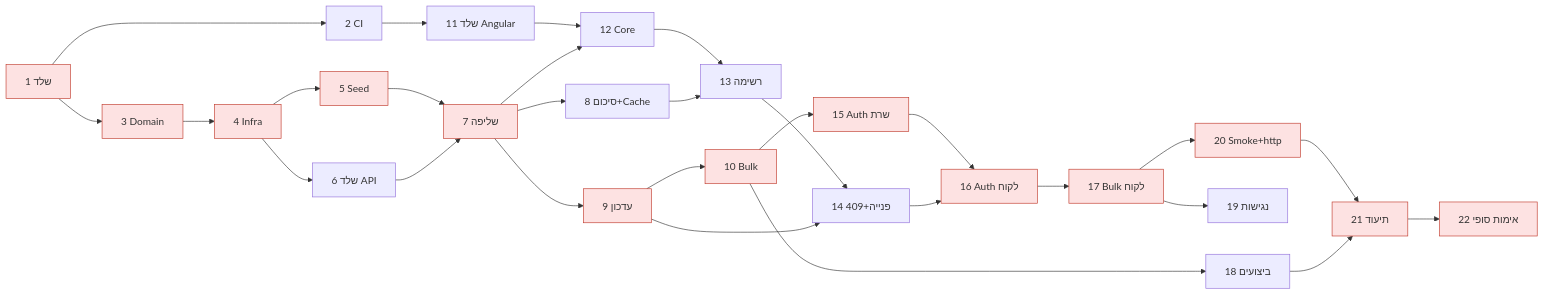
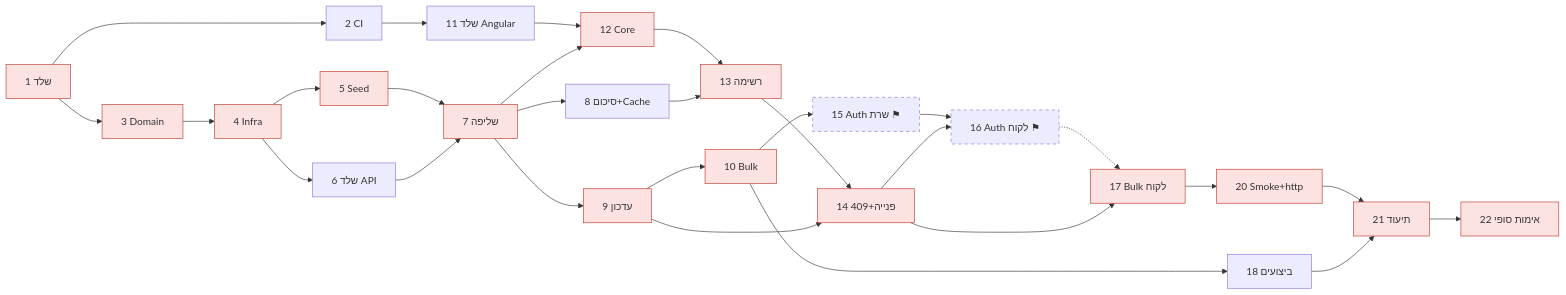
One commit to dali327519294/service-requests changed the diagram in docs/plans/2026-11-01-implementation-plan.md. Above: the diagram before and after it, drawn with Mermaid. The commit also changed other lines of this file, not shown here.

First line of the commit message:
Reschedule plan to five days with an auth decision checkpoint

````diff
--- a/docs/plans/2026-11-01-implementation-plan.md
+++ b/docs/plans/2026-11-01-implementation-plan.md
@@ -81,22 +88,24 @@
 ```mermaid
 flowchart LR
   T1[1 שלד] --> T2[2 CI]
   T1 --> T3[3 Domain] --> T4[4 Infra] --> T5[5 Seed] --> T7[7 שליפה]
   T4 --> T6[6 שלד API] --> T7
   T7 --> T8[8 סיכום+Cache]
   T7 --> T9[9 עדכון] --> T10[10 Bulk]
   T2 --> T11[11 שלד Angular] --> T12[12 Core]
   T7 --> T12
   T12 --> T13[13 רשימה]
   T8 --> T13
   T13 --> T14[14 פנייה+409]
   T9 --> T14
-  T10 --> T15[15 Auth שרת] --> T16[16 Auth לקוח]
-  T14 --> T16 --> T17[17 Bulk לקוח]
+  T10 --> T15[15 Auth שרת ⚑] --> T16[16 Auth לקוח ⚑]
+  T14 --> T16 -.-> T17[17 Bulk לקוח]
+  T14 --> T17
   T10 --> T18[18 ביצועים]
-  T17 --> T19[19 נגישות]
   T17 --> T20[20 Smoke+http] --> T21[21 תיעוד]
   T18 --> T21 --> T22[22 אימות סופי]
   classDef crit fill:#fde2e2,stroke:#c0392b
-  class T1,T3,T4,T5,T7,T9,T10,T15,T16,T17,T20,T21,T22 crit
+  classDef cond stroke-dasharray: 5 5
+  class T1,T3,T4,T5,T7,T9,T10,T12,T13,T14,T17,T20,T21,T22 crit
+  class T15,T16 cond
 ```
````
